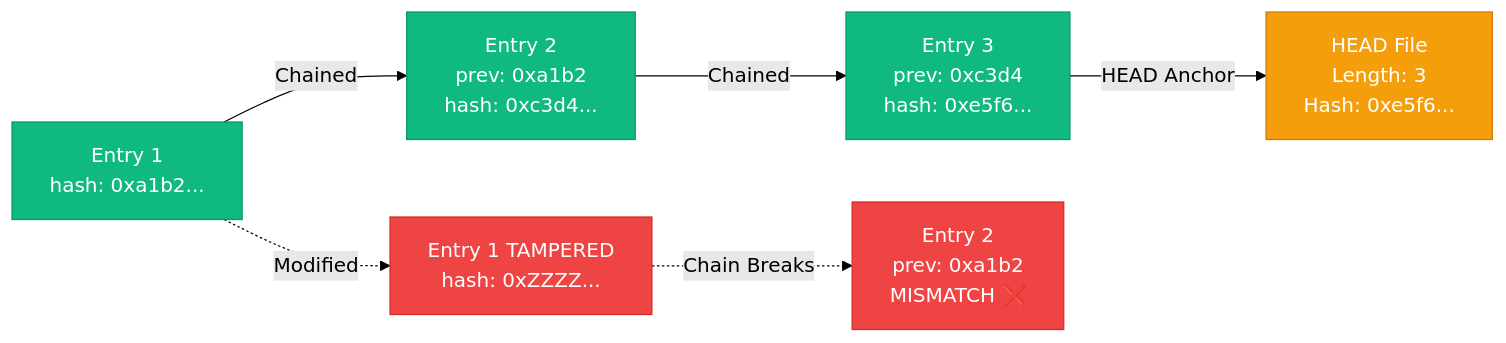
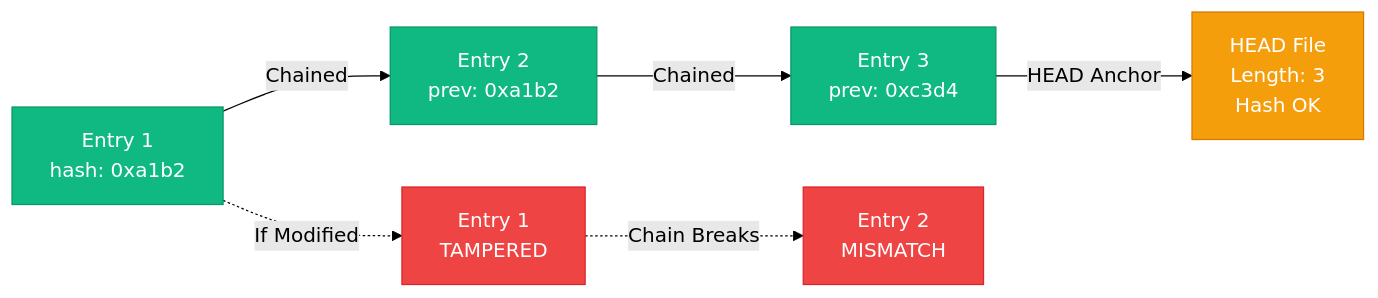
One commit to NithishaVenkatesh/upi-agent-conformance changed the third of 6 diagrams in README.md. Above: the diagram before and after it, drawn with Mermaid (forest theme). The commit also changed other lines of this file, not shown here.

First line of the commit message:
fix: Mermaid diagrams - remove special characters causing parse errors

````diff
--- a/README.md
+++ b/README.md
@@ -152,17 +152,17 @@
 ```mermaid
 graph LR
-    A["Entry 1<br/>hash: 0xa1b2..."] -->|Chained| B["Entry 2<br/>prev: 0xa1b2<br/>hash: 0xc3d4..."]
-    B -->|Chained| C["Entry 3<br/>prev: 0xc3d4<br/>hash: 0xe5f6..."]
+    A["Entry 1<br/>hash: 0xa1b2"] -->|Chained| B["Entry 2<br/>prev: 0xa1b2"]
+    B -->|Chained| C["Entry 3<br/>prev: 0xc3d4"]
 
-    A -.->|Modified| A2["Entry 1 TAMPERED<br/>hash: 0xZZZZ..."]
-    A2 -.->|Chain Breaks| B2["Entry 2<br/>prev: 0xa1b2<br/>MISMATCH ❌"]
+    A -.->|If Modified| A2["Entry 1<br/>TAMPERED"]
+    A2 -.->|Chain Breaks| B2["Entry 2<br/>MISMATCH"]
 
-    C -->|HEAD Anchor| H["HEAD File<br/>Length: 3<br/>Hash: 0xe5f6..."]
+    C -->|HEAD Anchor| H["HEAD File<br/>Length: 3<br/>Hash OK"]
 
     style A fill:#10b981,stroke:#059669,color:#fff
     style B fill:#10b981,stroke:#059669,color:#fff
     style C fill:#10b981,stroke:#059669,color:#fff
     style A2 fill:#ef4444,stroke:#dc2626,color:#fff
     style B2 fill:#ef4444,stroke:#dc2626,color:#fff
     style H fill:#f59e0b,stroke:#d97706,color:#fff
 ```
````
